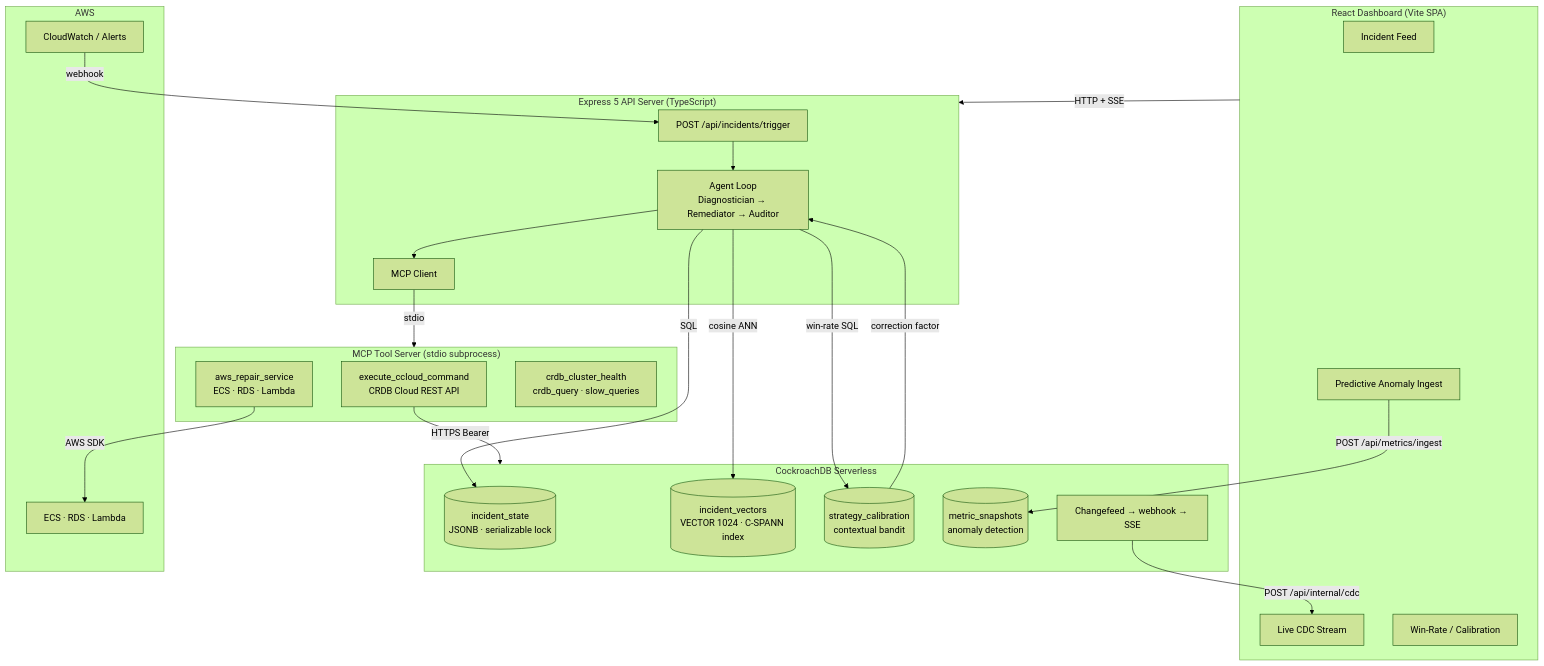
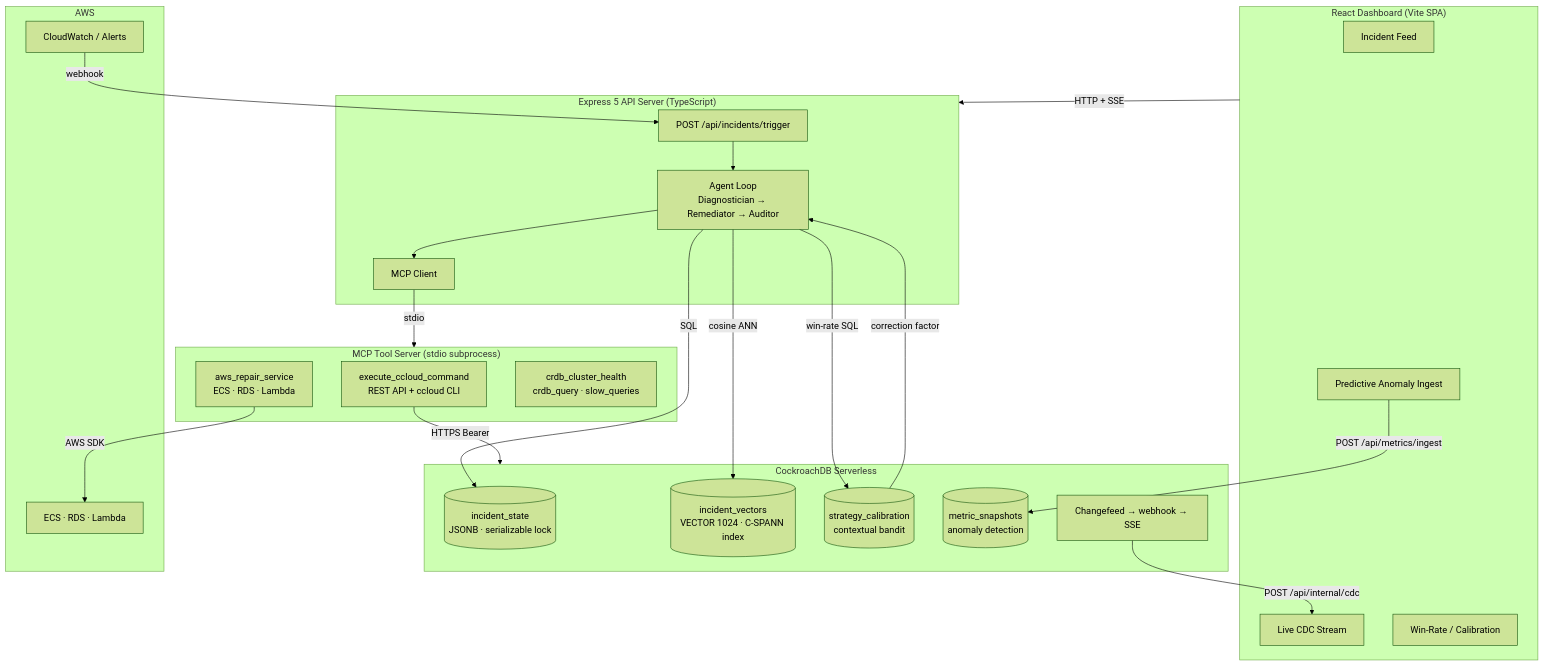
The diagram in README.md (akollad/Cloud-Surgeon), drawn with Mermaid (forest theme) before and after one commit. The commit also changed other lines of this file and 1 other file, not shown here.

````diff
--- a/README.md
+++ b/README.md
@@ -182,48 +182,48 @@
 ```mermaid
 graph TB
     subgraph UI["React Dashboard (Vite SPA)"]
         A[Incident Feed]
         B[Live CDC Stream]
         C[Win-Rate / Calibration]
         D[Predictive Anomaly Ingest]
     end
 
     subgraph API["Express 5 API Server (TypeScript)"]
         E[POST /api/incidents/trigger]
         F[Agent Loop<br/>Diagnostician → Remediator → Auditor]
         G[MCP Client]
     end
 
     subgraph MCP["MCP Tool Server (stdio subprocess)"]
-        H[execute_ccloud_command<br/>CRDB Cloud REST API]
+        H[execute_ccloud_command<br/>REST API + ccloud CLI]
         I[aws_repair_service<br/>ECS · RDS · Lambda]
         J[crdb_cluster_health<br/>crdb_query · slow_queries]
     end
 
     subgraph CRDB["CockroachDB Serverless"]
         K[(incident_state<br/>JSONB · serializable lock)]
         L[(incident_vectors<br/>VECTOR 1024 · C-SPANN index)]
         M[(strategy_calibration<br/>contextual bandit)]
         N[(metric_snapshots<br/>anomaly detection)]
         O[Changefeed → webhook → SSE]
     end
 
     subgraph AWS["AWS"]
         P[ECS · RDS · Lambda]
         Q[CloudWatch / Alerts]
     end
 
     UI -->|HTTP + SSE| API
     Q -->|webhook| E
     E --> F
     F --> G
     G -->|stdio| MCP
     H -->|HTTPS Bearer| CRDB
     I -->|AWS SDK| P
     F -->|SQL| K
     F -->|cosine ANN| L
     F -->|win-rate SQL| M
     D -->|POST /api/metrics/ingest| N
     O -->|POST /api/internal/cdc| B
     M -->|correction factor| F
 ```
````
